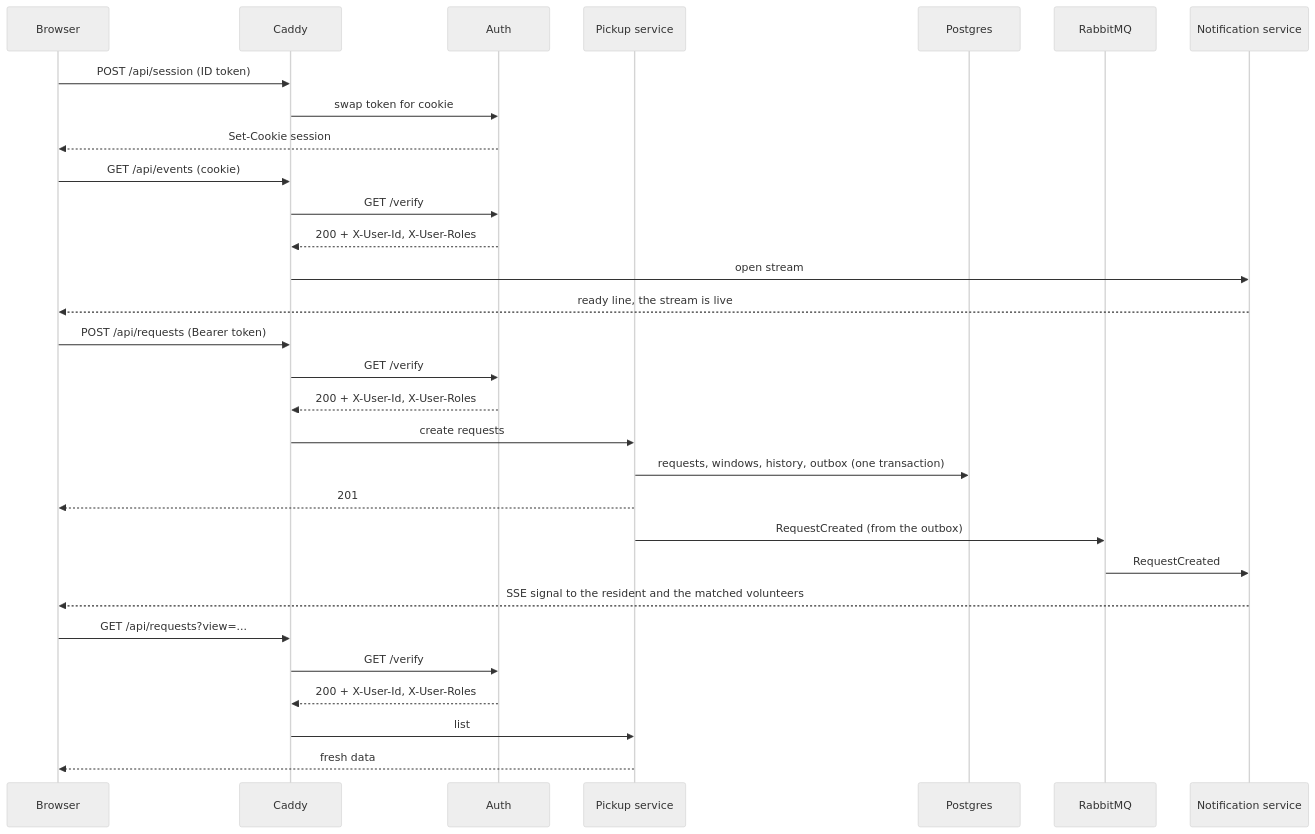
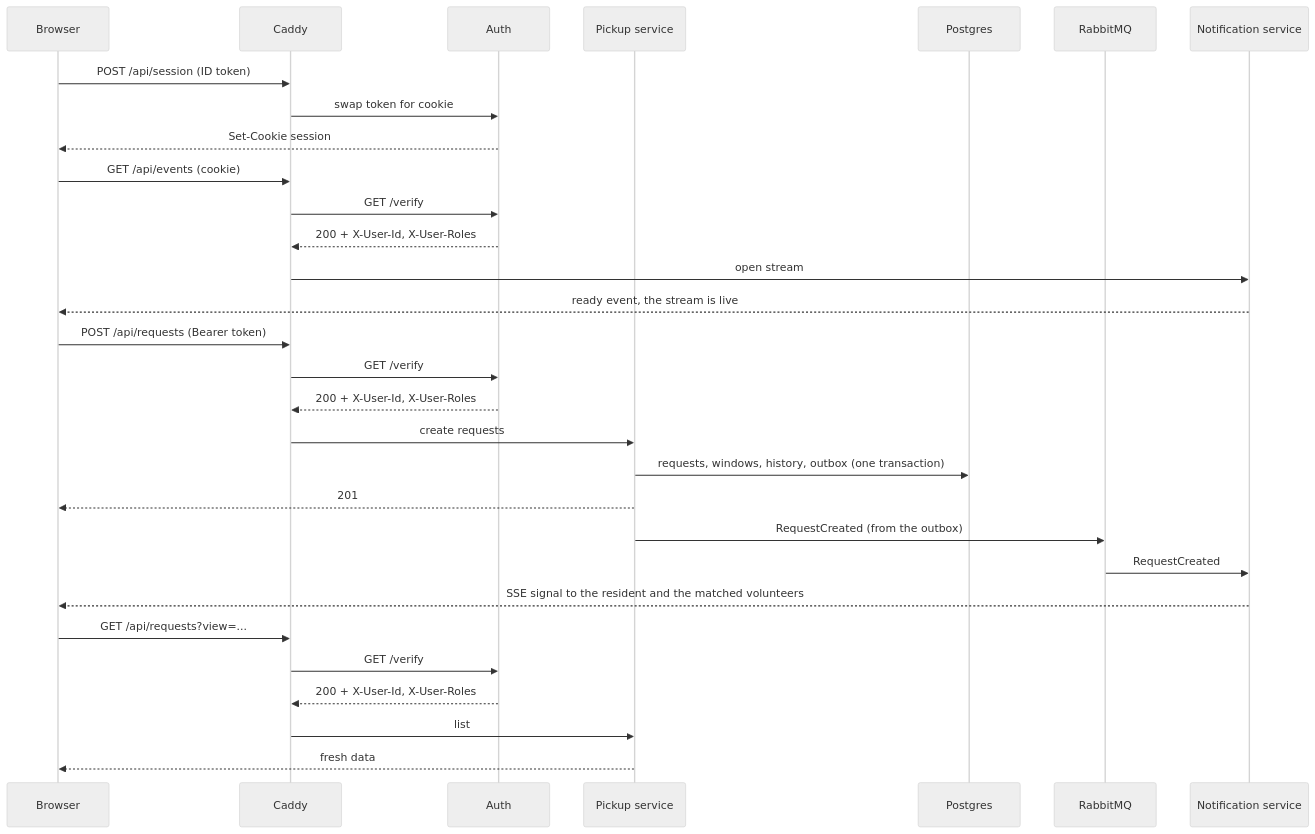
One commit to dannydufau/ecocollect changed the diagram in contracts/README.md. Above: the diagram before and after it, drawn with Mermaid (neutral theme). The commit also changed other lines of this file and 5 other files, not shown here.

Commit message:
Describe the ready frame as a named event, as the notification service sends it

````diff
--- a/contracts/README.md
+++ b/contracts/README.md
@@ -27,34 +27,34 @@
 ```mermaid
 sequenceDiagram
     participant B as Browser
     participant C as Caddy
     participant A as Auth
     participant P as Pickup service
     participant DB as Postgres
     participant MQ as RabbitMQ
     participant N as Notification service
 
     B->>C: POST /api/session (ID token)
     C->>A: swap token for cookie
     A-->>B: Set-Cookie session
     B->>C: GET /api/events (cookie)
     C->>A: GET /verify
     A-->>C: 200 + X-User-Id, X-User-Roles
     C->>N: open stream
-    N-->>B: ready line, the stream is live
+    N-->>B: ready event, the stream is live
 
     B->>C: POST /api/requests (Bearer token)
     C->>A: GET /verify
     A-->>C: 200 + X-User-Id, X-User-Roles
     C->>P: create requests
     P->>DB: requests, windows, history, outbox (one transaction)
     P-->>B: 201
     P->>MQ: RequestCreated (from the outbox)
     MQ->>N: RequestCreated
     N-->>B: SSE signal to the resident and the matched volunteers
     B->>C: GET /api/requests?view=...
     C->>A: GET /verify
     A-->>C: 200 + X-User-Id, X-User-Roles
     C->>P: list
     P-->>B: fresh data
 ```
````
